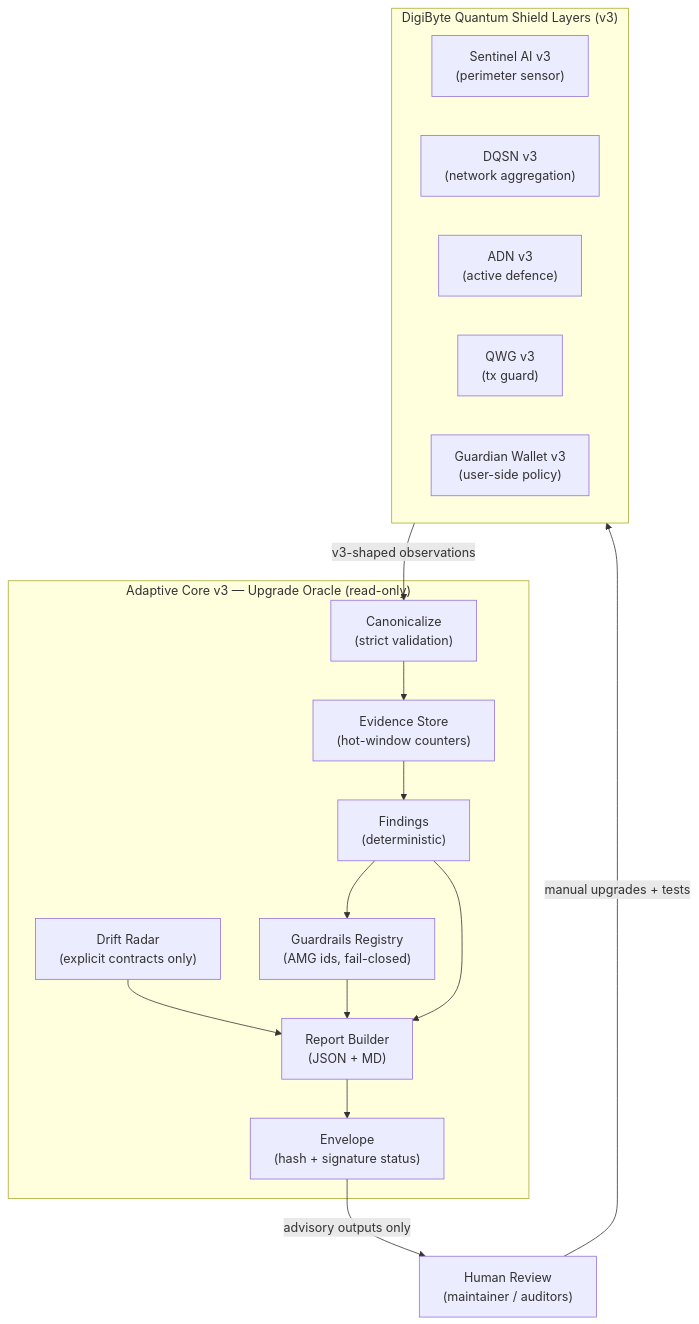
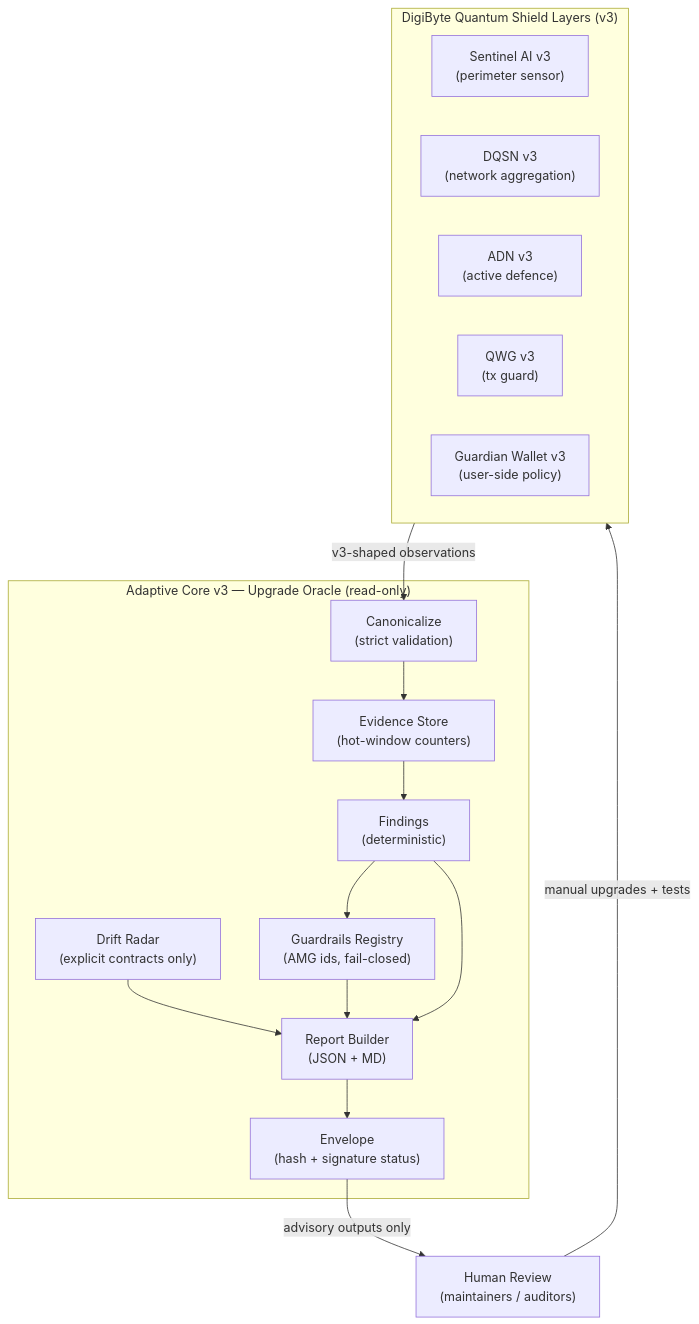
Before and after one commit to DarekDGB/DigiByte-Adaptive-Core: the first of 4 diagrams in docs/reports/v3/ADAPTIVE_CORE_V3_DIAGRAMS.md, drawn with Mermaid. The commit also changed other lines of this file, not shown here.

Commit message:
docs(v3): fix Adaptive Core v3 architecture diagrams (GitHub-safe Mermaid)

````diff
--- a/docs/reports/v3/ADAPTIVE_CORE_V3_DIAGRAMS.md
+++ b/docs/reports/v3/ADAPTIVE_CORE_V3_DIAGRAMS.md
@@ -14,32 +14,32 @@
 ```mermaid
 flowchart TB
   subgraph Shield_Layers["DigiByte Quantum Shield Layers (v3)"]
     S["Sentinel AI v3\n(perimeter sensor)"]
     N["DQSN v3\n(network aggregation)"]
     A["ADN v3\n(active defence)"]
     Q["QWG v3\n(tx guard)"]
     G["Guardian Wallet v3\n(user-side policy)"]
   end
 
   subgraph AC3["Adaptive Core v3 — Upgrade Oracle (read-only)"]
     C["Canonicalize\n(strict validation)"]
     E["Evidence Store\n(hot-window counters)"]
     F["Findings\n(deterministic)"]
     D["Drift Radar\n(explicit contracts only)"]
     R["Report Builder\n(JSON + MD)"]
     V["Guardrails Registry\n(AMG ids, fail-closed)"]
     H["Envelope\n(hash + signature status)"]
   end
 
   Shield_Layers -->|v3-shaped observations| C
   C --> E
   E --> F
   F --> V
   D --> R
   V --> R
   F --> R
   R --> H
 
-  H -->|advisory outputs only| Humans["Human Review\n(maintainer / auditors)"]
+  H -->|advisory outputs only| Humans["Human Review\n(maintainers / auditors)"]
   Humans -->|manual upgrades + tests| Shield_Layers
 ```
````
